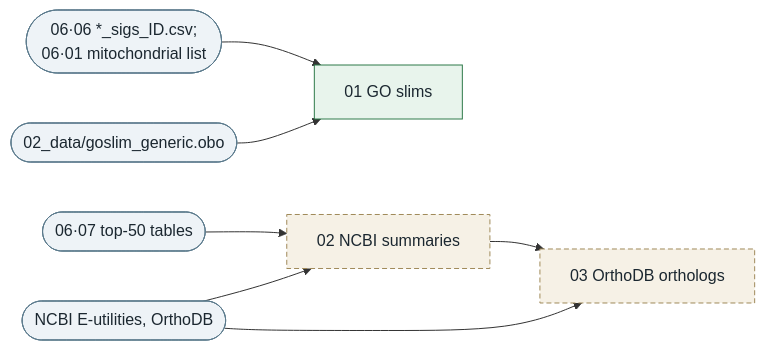
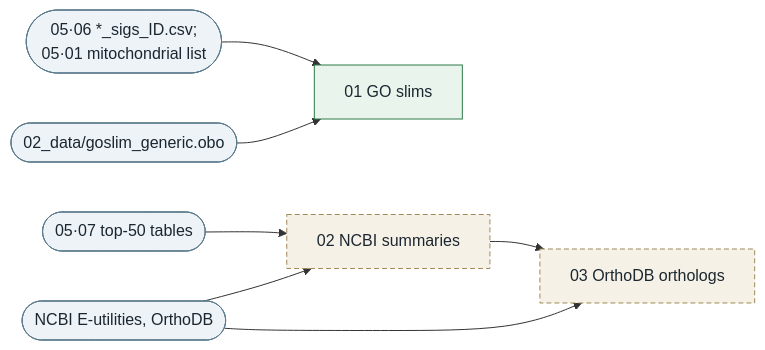
One commit to mattgeorgephd/PSMFC-mytilus-byssus-pilot changed the eighth of 9 diagrams in README.md. Above: the diagram before and after it, drawn with Mermaid. The commit also changed other lines of this file and 1273 other files, not shown here.

````diff
--- a/README.md
+++ b/README.md
@@ -445,21 +458,21 @@
 ```mermaid
 flowchart LR
-  d6(["06·06 *_sigs_ID.csv;<br>06·01 mitochondrial list"])
-  d7(["06·07 top-50 tables"])
+  d6(["05·06 *_sigs_ID.csv;<br>05·01 mitochondrial list"])
+  d7(["05·07 top-50 tables"])
   obo(["02_data/goslim_generic.obo"])
   api(["NCBI E-utilities, OrthoDB"])
   n1["01 GO slims"]
   n2["02 NCBI summaries"]
   n3["03 OrthoDB orthologs"]
   d6 --> n1
   obo --> n1
   d7 --> n2 --> n3
   api --> n2
   api --> n3
   classDef ext fill:#eef3f7,stroke:#5b7a8c,color:#1b2730
   classDef off fill:#f6f1e6,stroke:#a08a5a,stroke-dasharray:5 3,color:#1b2730
   classDef run fill:#e8f4ec,stroke:#2f7a4a,color:#1b2730
   class d6,d7,obo,api ext
   class n2,n3 off
   class n1 run
 ```
````
